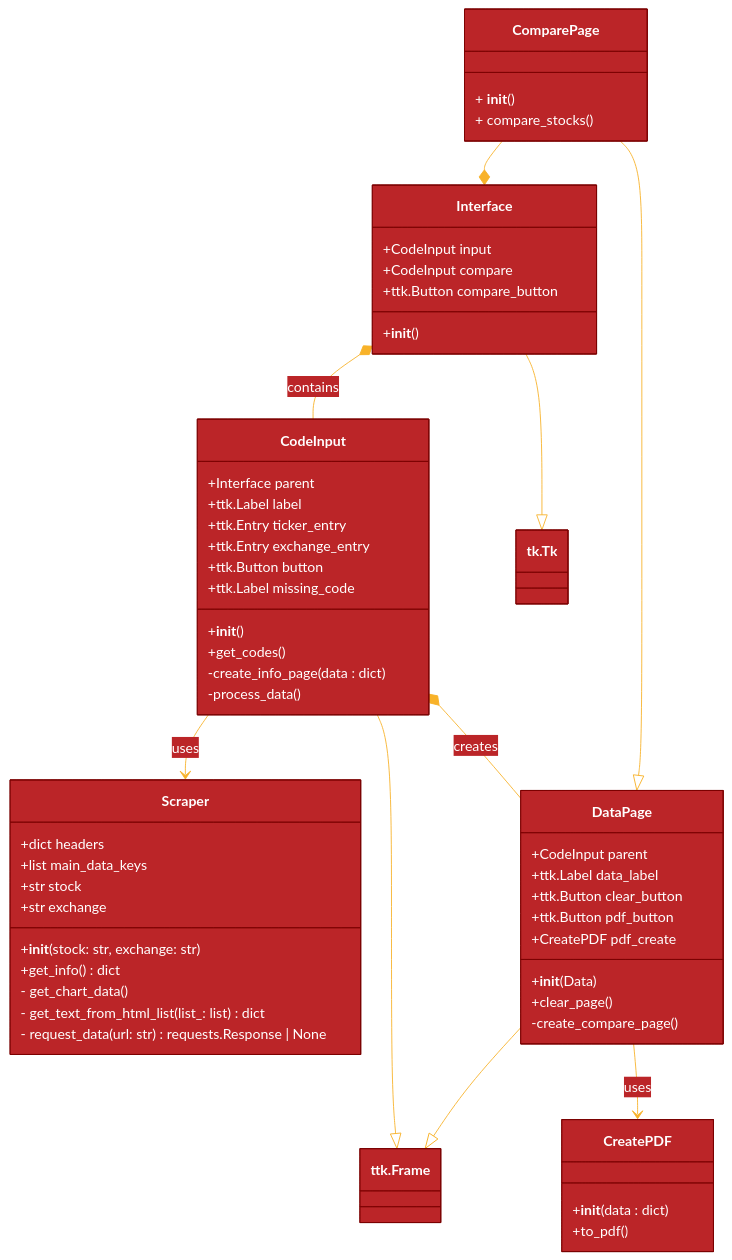
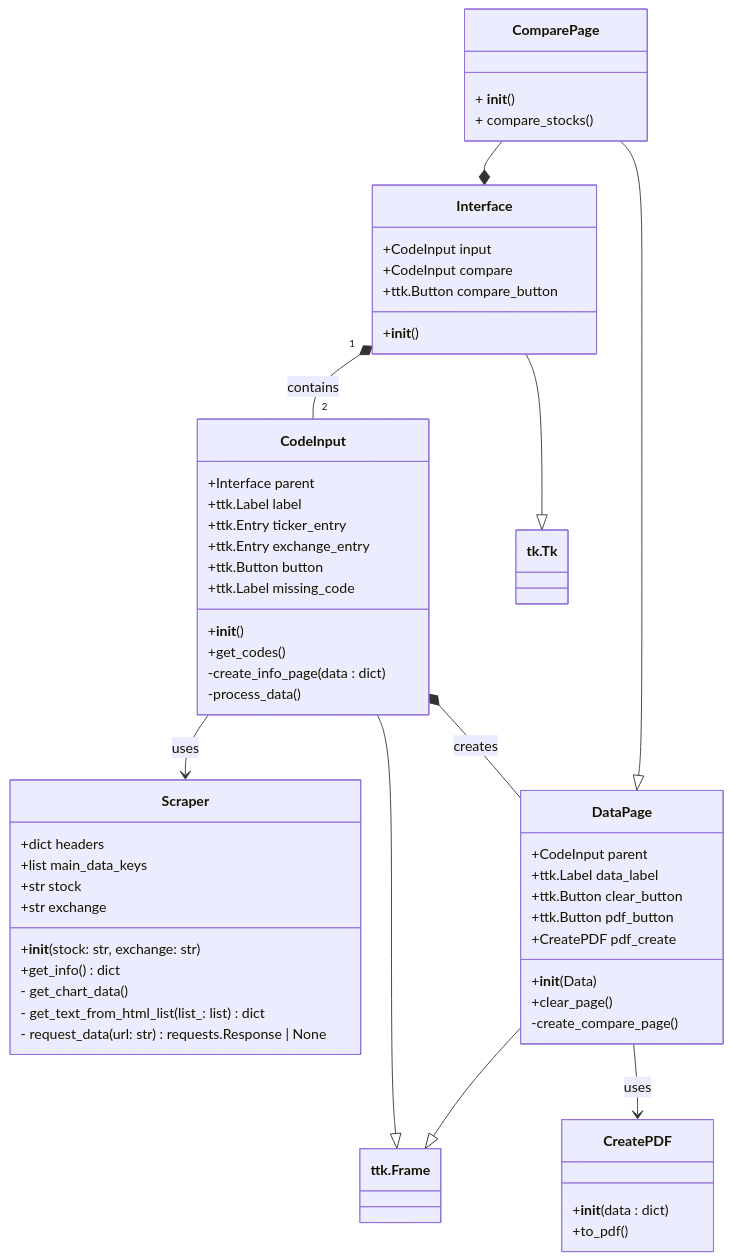
One commit to AndrevLare/Stock-Dealer changed the diagram in README.md. Above: the diagram before and after it, drawn with Mermaid. The commit also changed other lines of this file, not shown here.

````diff
--- a/README.md
+++ b/README.md
@@ -5,79 +4,79 @@
 ```mermaid
----
-config:
-  theme: 'base'
-  themeVariables:
-    primaryColor: '#BB2528'
-    primaryTextColor: '#fff'
-    primaryBorderColor: '#7C0000'
-    lineColor: '#F8B229'
-    secondaryColor: '#006100'
-    tertiaryColor: '#fff'
----
+%%{init: {
+  'theme': 'base',
+  'themeVariables': {
+    'primaryColor': '#E91E63', /* Un rosa intenso */
+    'secondaryColor': '#673AB7', /* Un morado profundo */
+    'tertiaryColor': '#FFC107', /* Un amarillo brillante */
+    'background': '#303030', /* Un fondo gris oscuro */
+    'textColor': '#FFFFFF', /* Texto blanco para contraste */
+    'fontFamily': 'Comic Sans MS, cursive, sans-serif', /* Una fuente llamativa */
+    'edgeColor': '#BDBDBD' /* Gris claro para las líneas */
+  }
+}}%%
 classDiagram
 
     class Interface {
         +CodeInput input
         +CodeInput compare
         +ttk.Button compare_button
         +__init__()
     }
 
     class CodeInput {
         +Interface parent
         +ttk.Label label
         +ttk.Entry ticker_entry
         +ttk.Entry exchange_entry
         +ttk.Button button
         +ttk.Label missing_code
         +__init__()
         +get_codes()
         -create_info_page(data : dict) 
         -process_data()
     }
 
 class Scraper {
         +dict headers
         +list main_data_keys
         +str stock
         +str exchange
         +__init__(stock: str, exchange: str)
         +get_info() dict
         - get_chart_data()
         - get_text_from_html_list(list_: list) dict
         - request_data(url: str) requests.Response | None
     }
 
     class DataPage {
         +CodeInput parent
         +ttk.Label data_label
         +ttk.Button clear_button
         +ttk.Button pdf_button
         +CreatePDF pdf_create
         +__init__(Data)
         +clear_page()
         -create_compare_page()
     }
 
     class CreatePDF {
         +__init__(data : dict)
         +to_pdf()
     }
 
     class ComparePage {
         + __init__()
         + compare_stocks()
     }
 
     Interface "1" *-- "2" CodeInput: contains
     
     Interface --|> tk.Tk
     CodeInput --> Scraper: uses
     CodeInput *-- DataPage: creates
     DataPage --> CreatePDF: uses
     CodeInput --|> ttk.Frame
     ComparePage --|> DataPage
     DataPage --|> ttk.Frame
     ComparePage --* Interface
-
 ```
````
